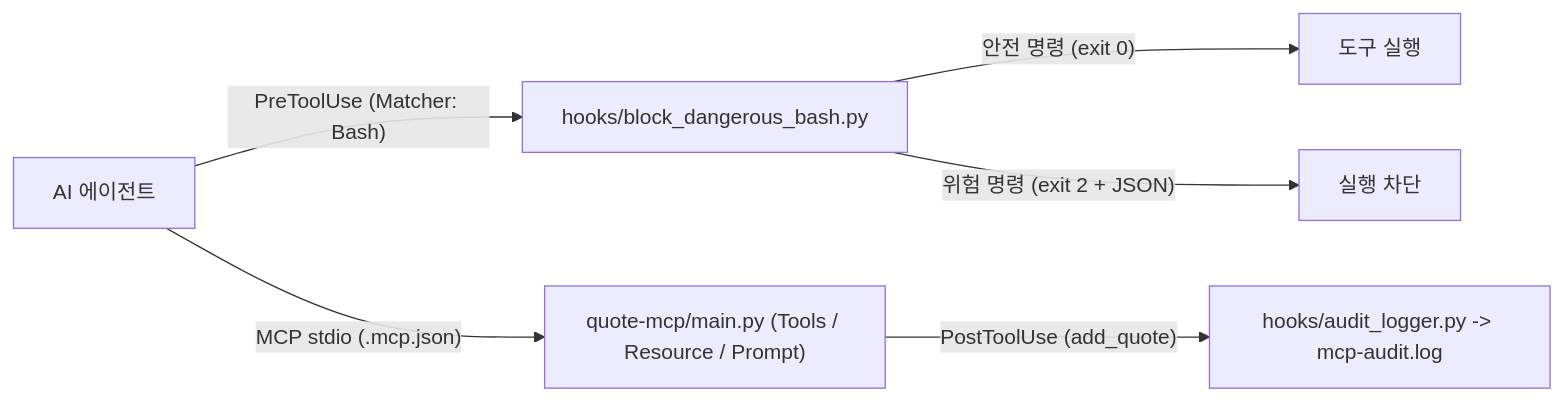
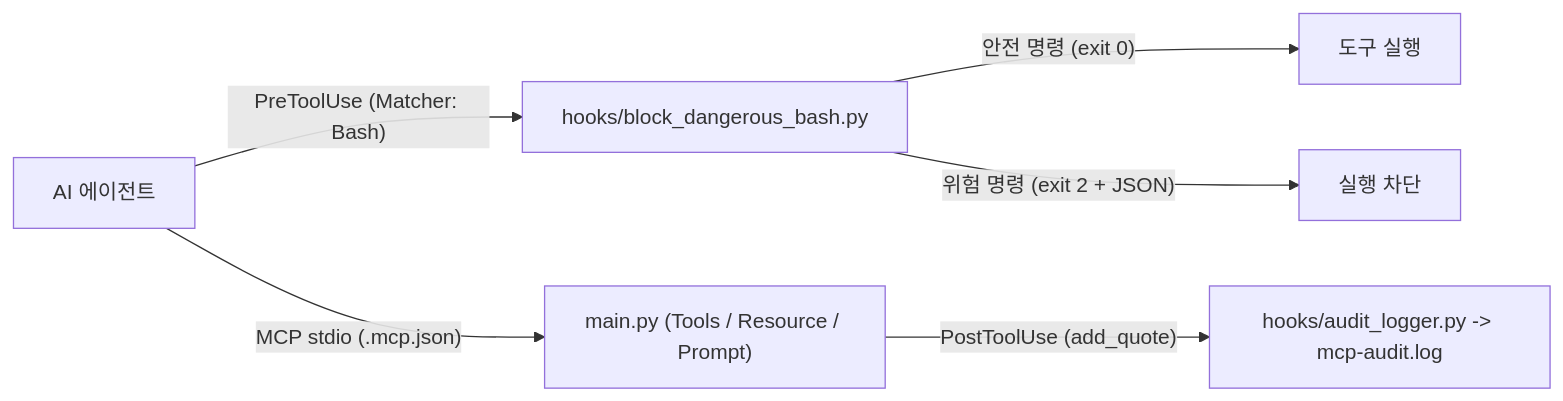
Before and after one commit to yojulab/learn_Loop_engineering: the diagram in ch02-mcp-and-hooks/README.md, drawn with Mermaid. The commit also changed other lines of this file and 260 other files, not shown here.

````diff
--- a/ch02-mcp-and-hooks/README.md
+++ b/ch02-mcp-and-hooks/README.md
@@ -15,8 +15,8 @@
 ```mermaid
 flowchart LR
     AGENT["AI 에이전트"] -->|"PreToolUse (Matcher: Bash)"| PRE["hooks/block_dangerous_bash.py"]
     PRE -->|"안전 명령 (exit 0)"| BASH["도구 실행"]
     PRE -->|"위험 명령 (exit 2 + JSON)"| BLOCK["실행 차단"]
-    AGENT -->|"MCP stdio (.mcp.json)"| MCP["quote-mcp/main.py (Tools / Resource / Prompt)"]
+    AGENT -->|"MCP stdio (.mcp.json)"| MCP["main.py (Tools / Resource / Prompt)"]
     MCP -->|"PostToolUse (add_quote)"| POST["hooks/audit_logger.py -> mcp-audit.log"]
 ```
````
